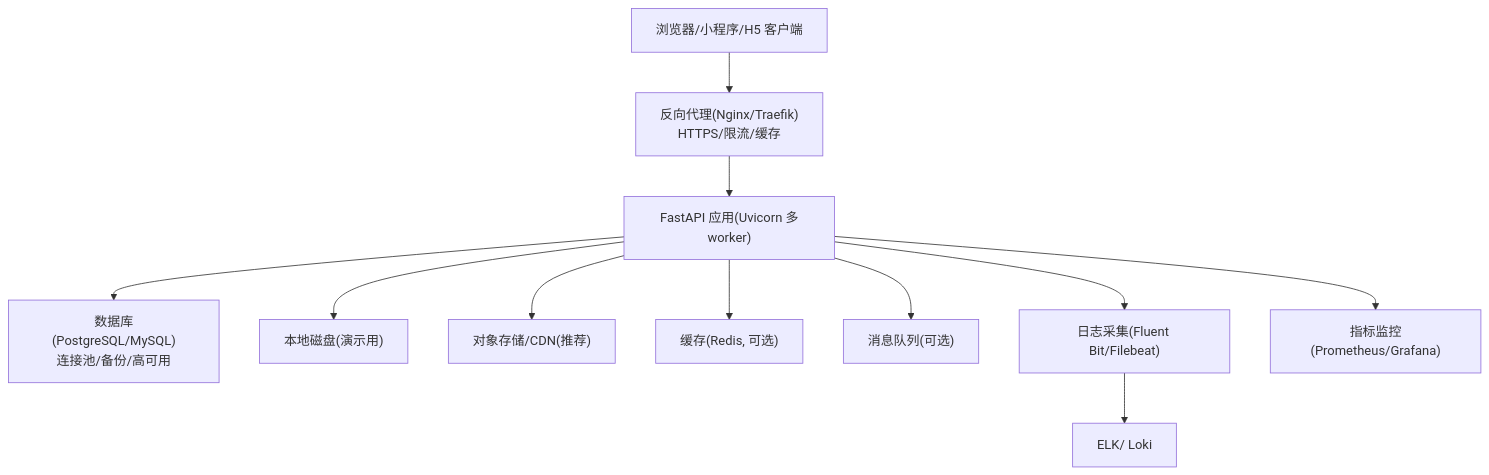
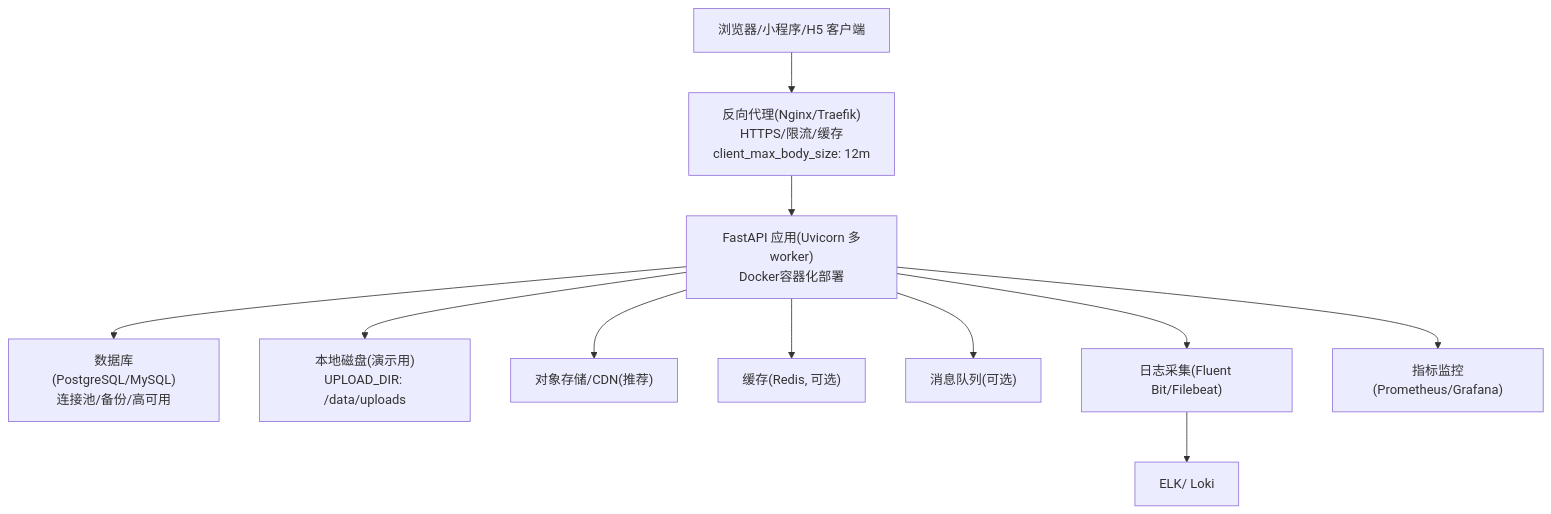
One commit to onebody/homework changed the second of 6 diagrams in .qoder/repowiki/zh/content/项目概述/暑假作业打卡系统介绍/系统架构设计/部署架构.md. Above: the diagram before and after it, drawn with Mermaid. The commit also changed other lines of this file and 35 other files, not shown here.

````diff
--- a/.qoder/repowiki/zh/content/项目概述/暑假作业打卡系统介绍/系统架构设计/部署架构.md
+++ b/.qoder/repowiki/zh/content/项目概述/暑假作业打卡系统介绍/系统架构设计/部署架构.md
@@ -121,13 +141,13 @@
 ```mermaid
 graph TB
-Client["浏览器/小程序/H5 客户端"] --> Proxy["反向代理(Nginx/Traefik)<br/>HTTPS/限流/缓存"]
-Proxy --> App["FastAPI 应用(Uvicorn 多worker)"]
+Client["浏览器/小程序/H5 客户端"] --> Proxy["反向代理(Nginx/Traefik)<br/>HTTPS/限流/缓存<br/>client_max_body_size: 12m"]
+Proxy --> App["FastAPI 应用(Uvicorn 多worker)<br/>Docker容器化部署"]
 App --> DB["数据库(PostgreSQL/MySQL)<br/>连接池/备份/高可用"]
-App --> FS["本地磁盘(演示用)"]
+App --> FS["本地磁盘(演示用)<br/>UPLOAD_DIR: /data/uploads"]
 App --> OSS["对象存储/CDN(推荐)"]
 App --> Cache["缓存(Redis, 可选)"]
 App --> MQ["消息队列(可选)"]
 App --> Log["日志采集(Fluent Bit/Filebeat)"]
 Log --> ELK["ELK/ Loki"]
 App --> Mon["指标监控(Prometheus/Grafana)"]
 ```
````
